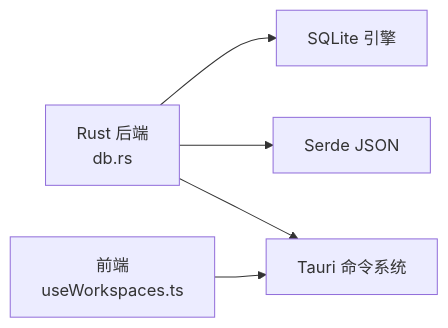
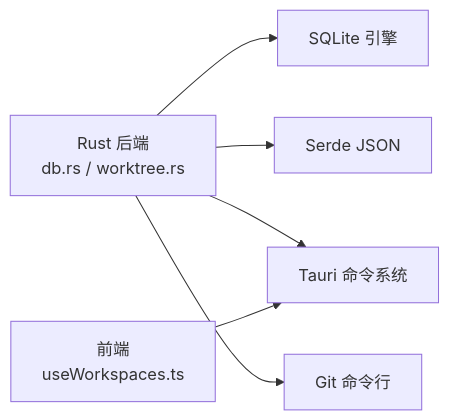
Before and after one commit to RabbitAI-Lab/RabbitCoding: the fourth of 4 diagrams in .qoder/repowiki/zh/content/数据库设计/数据库设计.md, drawn with Mermaid. The commit also changed other lines of this file and 88 other files, not shown here.

````diff
--- a/.qoder/repowiki/zh/content/数据库设计/数据库设计.md
+++ b/.qoder/repowiki/zh/content/数据库设计/数据库设计.md
@@ -251,7 +290,8 @@
 ```mermaid
 graph LR
-RS["Rust 后端<br/>db.rs"] --> SQLITE["SQLite 引擎"]
+RS["Rust 后端<br/>db.rs / worktree.rs"] --> SQLITE["SQLite 引擎"]
 RS --> SERDE["Serde JSON"]
 RS --> TAURI["Tauri 命令系统"]
+RS --> GIT["Git 命令行"]
 FE["前端<br/>useWorkspaces.ts"] --> TAURI
 ```
````
